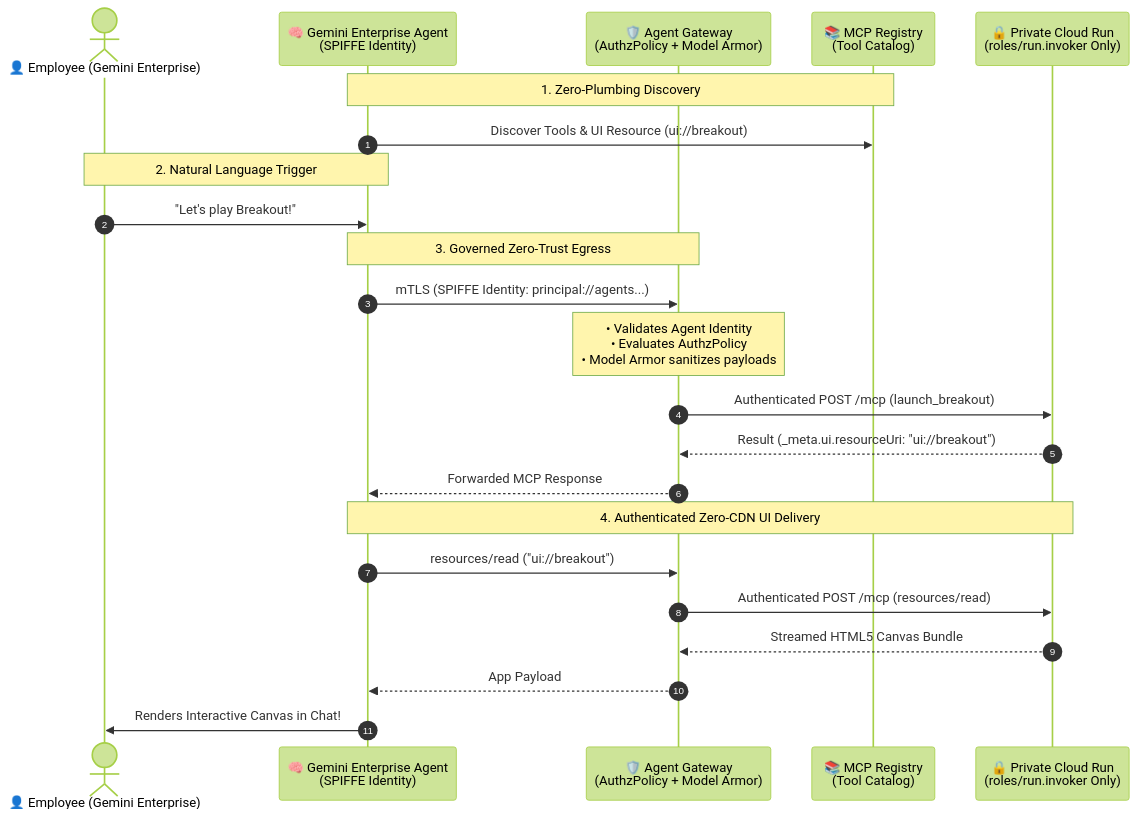
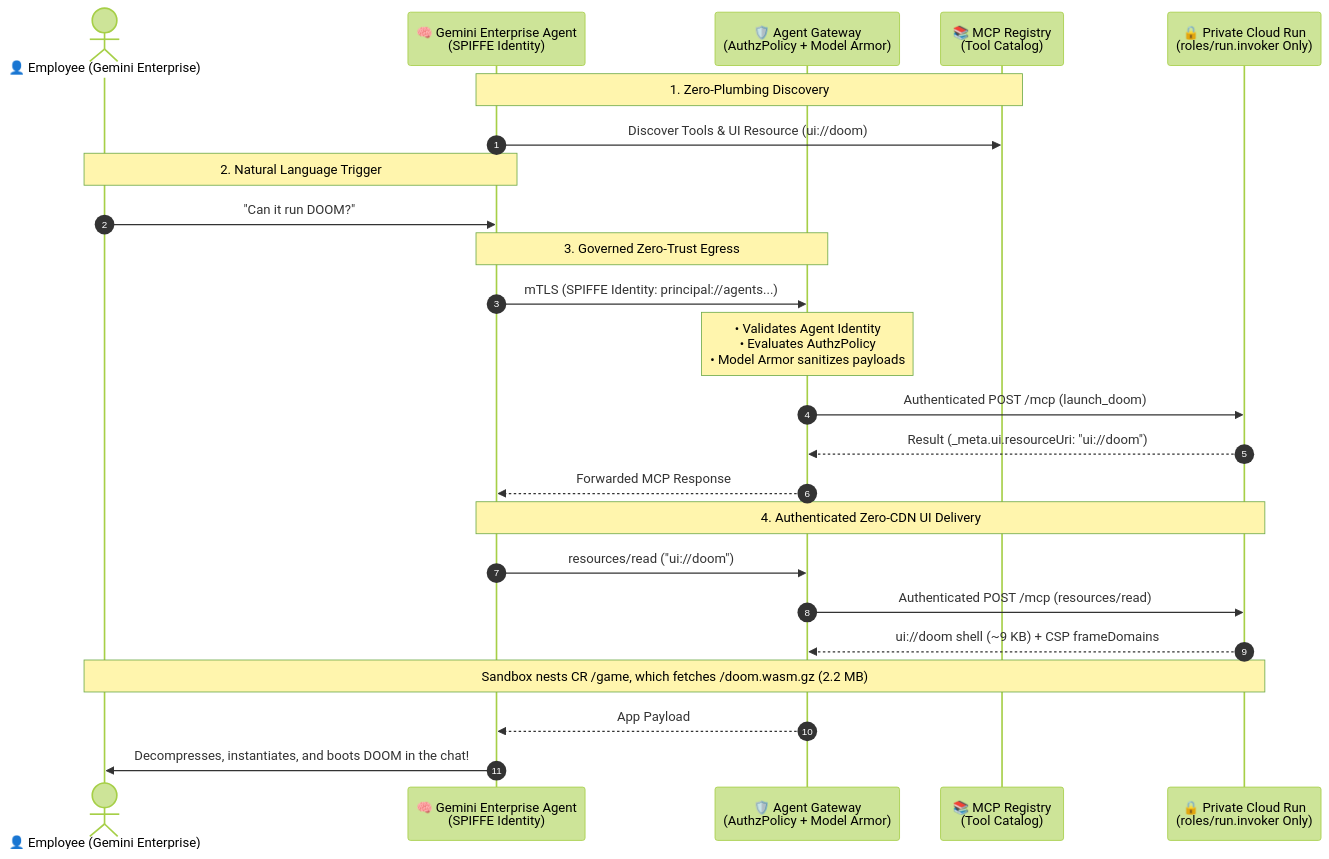
Before and after one commit to spaulds/mcp-app-breakout-ge: the diagram in README.md, drawn with Mermaid (forest theme). The commit also changed other lines of this file and 3 other files, not shown here.

First line of the commit message:
docs: describe the DOOM MCP App, the shell/nested-frame architecture and licensing

````diff
--- a/README.md
+++ b/README.md
@@ -14,29 +16,30 @@
 ```mermaid
 sequenceDiagram
     autonumber
     actor User as 👤 Employee (Gemini Enterprise)
     participant GE as 🧠 Gemini Enterprise Agent<br/>(SPIFFE Identity)
     participant AGW as 🛡️ Agent Gateway<br/>(AuthzPolicy + Model Armor)
     participant REG as 📚 MCP Registry<br/>(Tool Catalog)
     participant CR as 🔒 Private Cloud Run<br/>(roles/run.invoker Only)
 
     Note over GE,REG: 1. Zero-Plumbing Discovery
-    GE->>REG: Discover Tools & UI Resource (ui://breakout)
-    
+    GE->>REG: Discover Tools & UI Resource (ui://doom)
+
     Note over User,GE: 2. Natural Language Trigger
-    User->>GE: "Let's play Breakout!"
-    
+    User->>GE: "Can it run DOOM?"
+
     Note over GE,AGW: 3. Governed Zero-Trust Egress
     GE->>AGW: mTLS (SPIFFE Identity: principal://agents...)
     Note over AGW: • Validates Agent Identity<br/>• Evaluates AuthzPolicy<br/>• Model Armor sanitizes payloads
-    AGW->>CR: Authenticated POST /mcp (launch_breakout)
-    CR-->>AGW: Result (_meta.ui.resourceUri: "ui://breakout")
+    AGW->>CR: Authenticated POST /mcp (launch_doom)
+    CR-->>AGW: Result (_meta.ui.resourceUri: "ui://doom")
     AGW-->>GE: Forwarded MCP Response
 
     Note over GE,CR: 4. Authenticated Zero-CDN UI Delivery
-    GE->>AGW: resources/read ("ui://breakout")
+    GE->>AGW: resources/read ("ui://doom")
     AGW->>CR: Authenticated POST /mcp (resources/read)
-    CR-->>AGW: Streamed HTML5 Canvas Bundle
+    CR-->>AGW: ui://doom shell (~9 KB) + CSP frameDomains
+    Note over User,CR: Sandbox nests CR /game, which fetches /doom.wasm.gz (2.2 MB)
     AGW-->>GE: App Payload
-    GE->>User: Renders Interactive Canvas in Chat!
+    GE->>User: Decompresses, instantiates, and boots DOOM in the chat!
 ```
````
